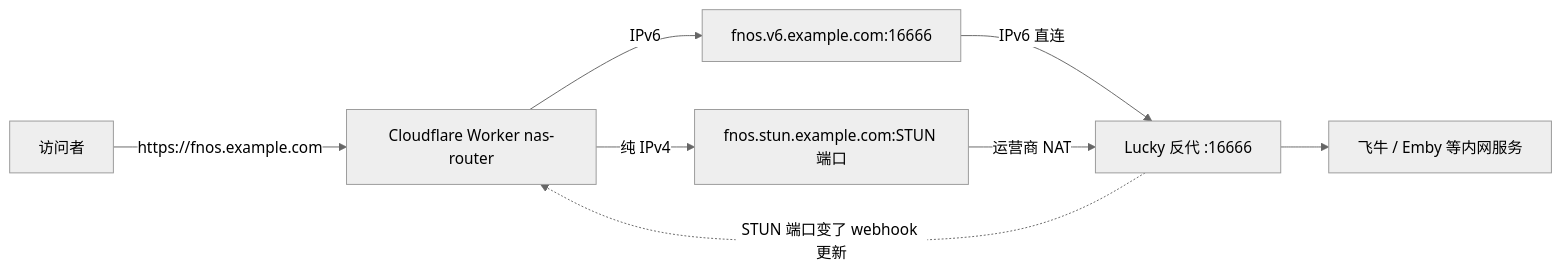
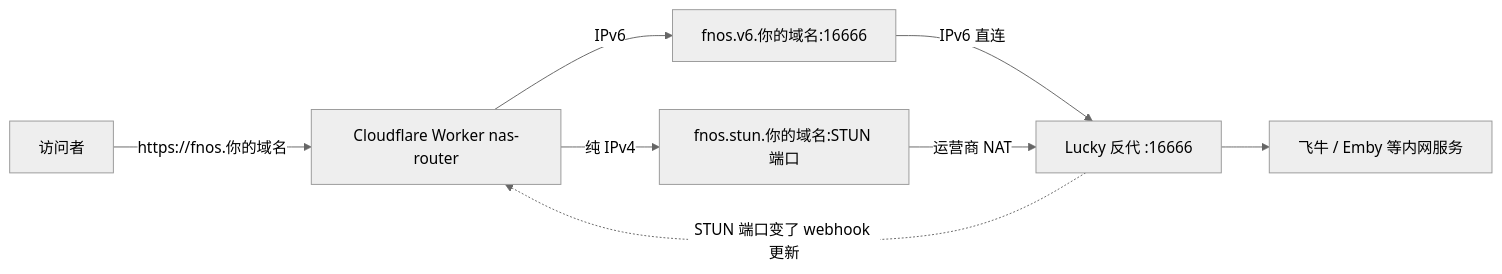
Before and after one commit to liweisi07/fnos-dualstack-remote: the diagram in README.md, drawn with Mermaid (neutral theme). The commit also changed other lines of this file, not shown here.

````diff
--- a/README.md
+++ b/README.md
@@ -18,10 +22,10 @@
 ```mermaid
 flowchart LR
-    A[访问者] -->|https://fnos.example.com| B[Cloudflare Worker nas-router]
-    B -->|IPv6| C[fnos.v6.example.com:16666]
-    B -->|纯 IPv4| D[fnos.stun.example.com:STUN 端口]
+    A[访问者] -->|https://fnos.你的域名| B[Cloudflare Worker nas-router]
+    B -->|IPv6| C[fnos.v6.你的域名:16666]
+    B -->|纯 IPv4| D[fnos.stun.你的域名:STUN 端口]
     C -->|IPv6 直连| E[Lucky 反代 :16666]
     D -->|运营商 NAT| E
     E --> F[飞牛 / Emby 等内网服务]
     E -. STUN 端口变了 webhook 更新 .-> B
 ```
````
